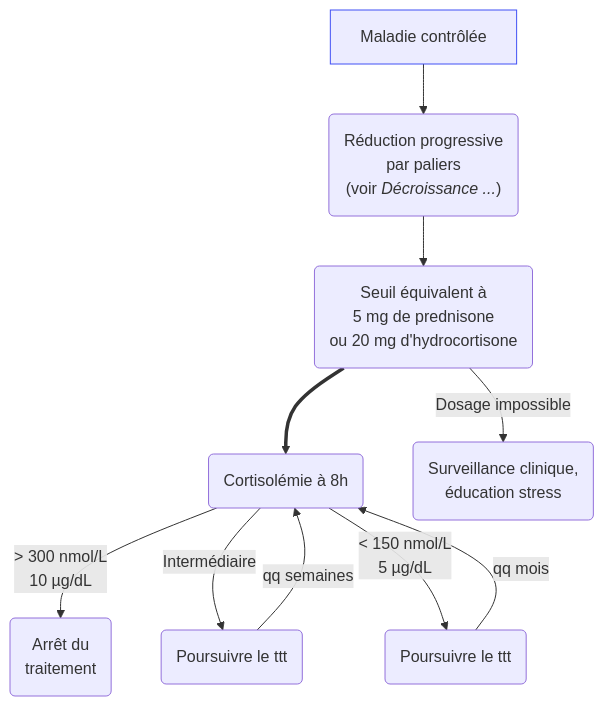
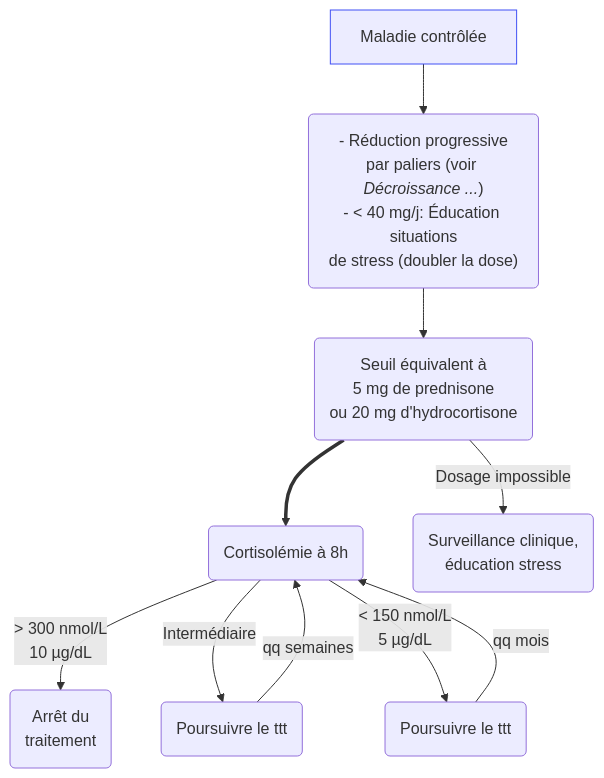
One commit to djibe/recommandations-medicales changed the diagram in content/recommandations/corticotherapie.md. Above: the diagram before and after it, drawn with Mermaid. The commit also changed other lines of this file and 31 other files, not shown here.

```diff
--- a/content/recommandations/corticotherapie.md
+++ b/content/recommandations/corticotherapie.md
@@ -156,8 +230,8 @@
 {{< mermaid title="Prise en charge de la décroissance des glucocorticoïdes par le médecin généraliste. Dr JB Fron d'après ESE, ES 2024" >}}
 graph TB
-  pathologie["Maladie contrôlée"] --> décroissance("Réduction progressive<br>par paliers<br>(voir <em>Décroissance ...</em>)") --> seuil("Seuil équivalent à<br>5 mg de prednisone<br>ou 20 mg d'hydrocortisone") ==> bilan("Cortisolémie à 8h") -- "&gt; 300 nmol/L<br>10 µg/dL" --> bon("Arrêt du<br>traitement")
+  pathologie["Maladie contrôlée"] --> décroissance("- Réduction progressive<br>par paliers (voir <em>Décroissance ...</em>)<br>- &lt; 40 mg/j: Éducation situations<br>de stress (doubler la dose)") --> seuil("Seuil équivalent à<br>5 mg de prednisone<br>ou 20 mg d'hydrocortisone") ==> bilan("Cortisolémie à 8h") -- "&gt; 300 nmol/L<br>10 µg/dL" --> bon("Arrêt du<br>traitement")
       bilan -- Intermédiaire --> intermédiaire(Poursuivre le ttt) -- "qq semaines" --> bilan
       bilan -- "&lt; 150 nmol/L<br>5 µg/dL" --> bas(Poursuivre le ttt) -- "qq mois" --> bilan
     seuil -- "Dosage impossible" --> clinique("Surveillance clinique,<br>éducation stress")
   style pathologie stroke:#4150f5, stroke-width:1px
 {{< /mermaid >}}
```
